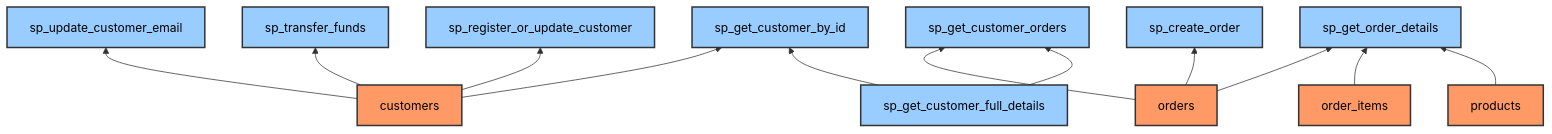
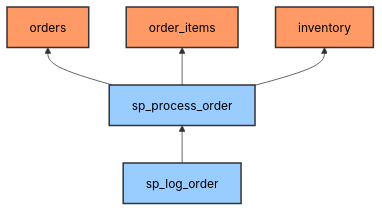
One commit to 25Jayesh10/Data_Lineage_Analyzer changed the diagram in diagrams/lineage.mmd. Above: the diagram before and after it, drawn with Mermaid. The commit also changed 15 other files, not shown here.

```diff
--- a/diagrams/lineage.mmd
+++ b/diagrams/lineage.mmd
@@ -1,17 +1,10 @@
 graph BT
     %% Node styles
     classDef table fill:#f96,stroke:#333,stroke-width:2px,color:#000;
     classDef stored_proc fill:#9cf,stroke:#333,stroke-width:2px ,color:#000;
-    customers --> sp_get_customer_by_id
-    customers --> sp_register_or_update_customer
-    customers --> sp_transfer_funds
-    customers --> sp_update_customer_email
-    orders --> sp_create_order
-    orders --> sp_get_customer_orders
-    orders --> sp_get_order_details
-    sp_get_customer_full_details --> sp_get_customer_by_id
-    sp_get_customer_full_details --> sp_get_customer_orders
-    order_items --> sp_get_order_details
-    products --> sp_get_order_details
-    class customers,orders,order_items,products table;
-    class sp_get_customer_orders,sp_update_customer_email,sp_transfer_funds,sp_get_order_details,sp_get_customer_full_details,sp_register_or_update_customer,sp_create_order,sp_get_customer_by_id stored_proc;
+    sp_log_order --> sp_process_order
+    sp_process_order --> orders
+    sp_process_order --> order_items
+    sp_process_order --> inventory
+    class orders,order_items,inventory table;
+    class sp_process_order,sp_log_order stored_proc;
```
